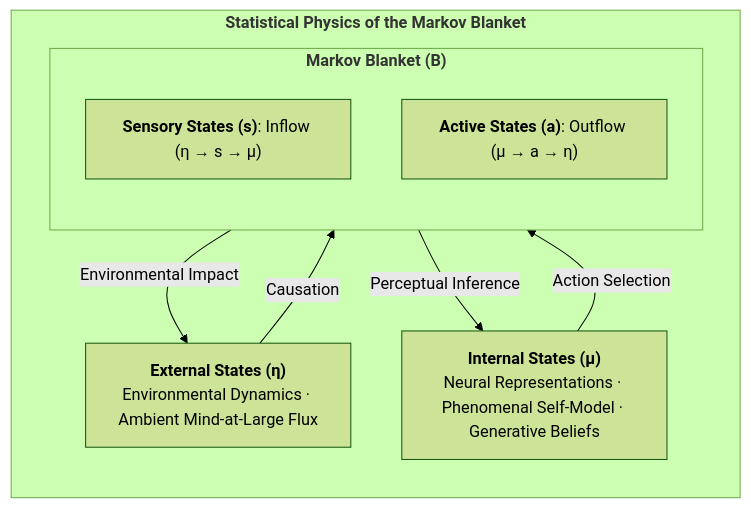
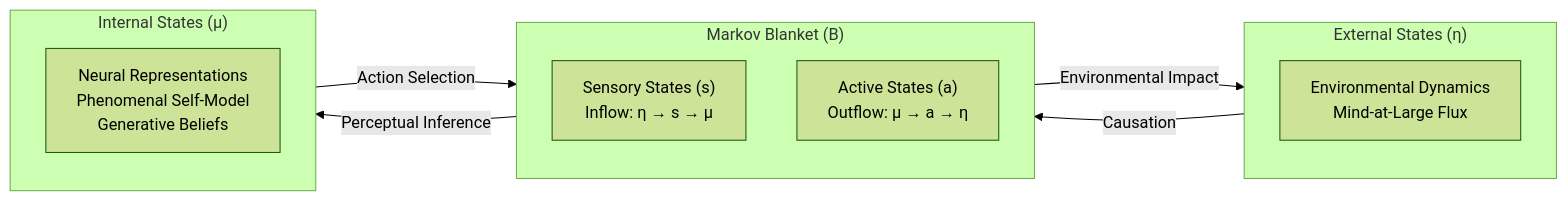
One commit to Thriebl/active-inference-phi-network changed the seventh of 50 diagrams in book/build/CIF_Monograph_EN.md. Above: the diagram before and after it, drawn with Mermaid (forest theme). The commit also changed other lines of this file and 8 other files, not shown here.

Commit message:
chore: clarify active inference vs conative components with comments and eliminate syntax warning

````diff
--- a/book/build/CIF_Monograph_EN.md
+++ b/book/build/CIF_Monograph_EN.md
@@ -304,21 +297,23 @@
 ```mermaid
-flowchart TD
-    subgraph MARKOV_PARTITION["<b>Statistical Physics of the Markov Blanket</b>"]
+flowchart LR
+    subgraph EXTERNAL["External States (η)"]
         direction TB
-        
-        EXTERNAL["<b>External States (η)</b><br>Environmental Dynamics · Ambient Mind-at-Large Flux"]
-        
-        subgraph BLANKET["<b>Markov Blanket (B)</b>"]
-            direction TB
-            S_STATE["<b>Sensory States (s)</b>: Inflow (η → s → μ)"]
-            A_STATE["<b>Active States (a)</b>: Outflow (μ → a → η)"]
-        end
+        E_DYN["Environmental Dynamics<br>Mind-at-Large Flux"]
+    end
 
-        INTERNAL["<b>Internal States (μ)</b><br>Neural Representations · Phenomenal Self-Model · Generative Beliefs"]
+    subgraph BLANKET["Markov Blanket (B)"]
+        direction TB
+        S_STATE["Sensory States (s)<br>Inflow: η → s → μ"]
+        A_STATE["Active States (a)<br>Outflow: μ → a → η"]
+    end
 
-        EXTERNAL -->|"Causation"| S_STATE
-        S_STATE -->|"Perceptual Inference"| INTERNAL
-        INTERNAL -->|"Action Selection"| A_STATE
-        A_STATE -->|"Environmental Impact"| EXTERNAL
+    subgraph INTERNAL["Internal States (μ)"]
+        direction TB
+        I_DYN["Neural Representations<br>Phenomenal Self-Model<br>Generative Beliefs"]
     end
+
+    EXTERNAL -->|Causation| S_STATE
+    S_STATE -->|Perceptual Inference| INTERNAL
+    INTERNAL -->|Action Selection| A_STATE
+    A_STATE -->|Environmental Impact| EXTERNAL
 ```
````
